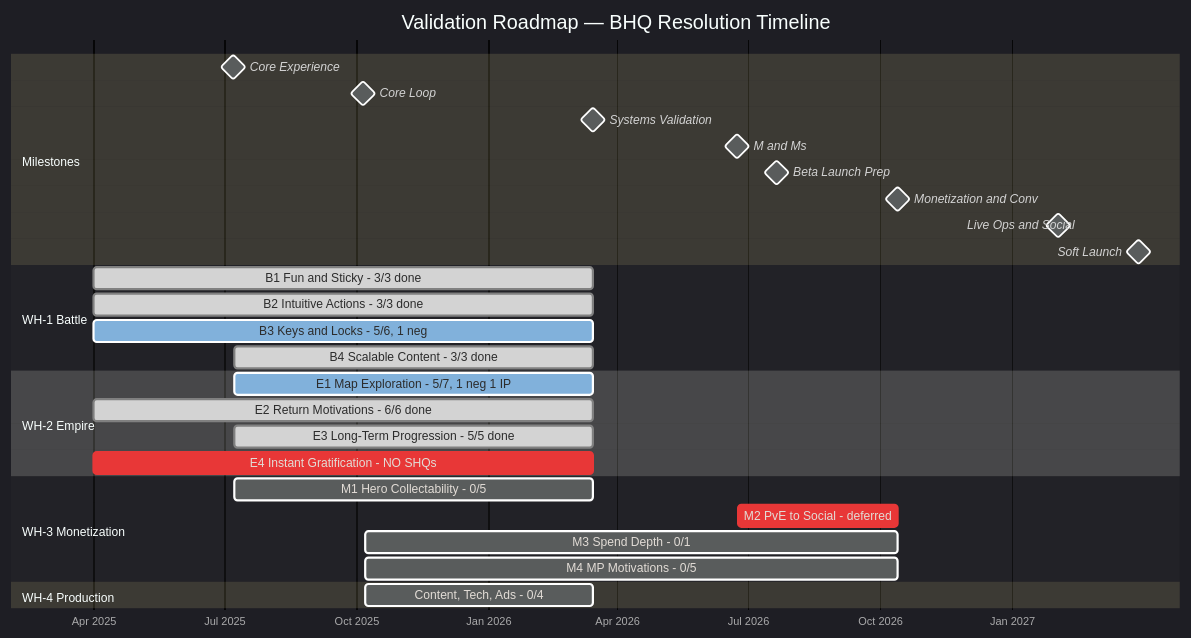
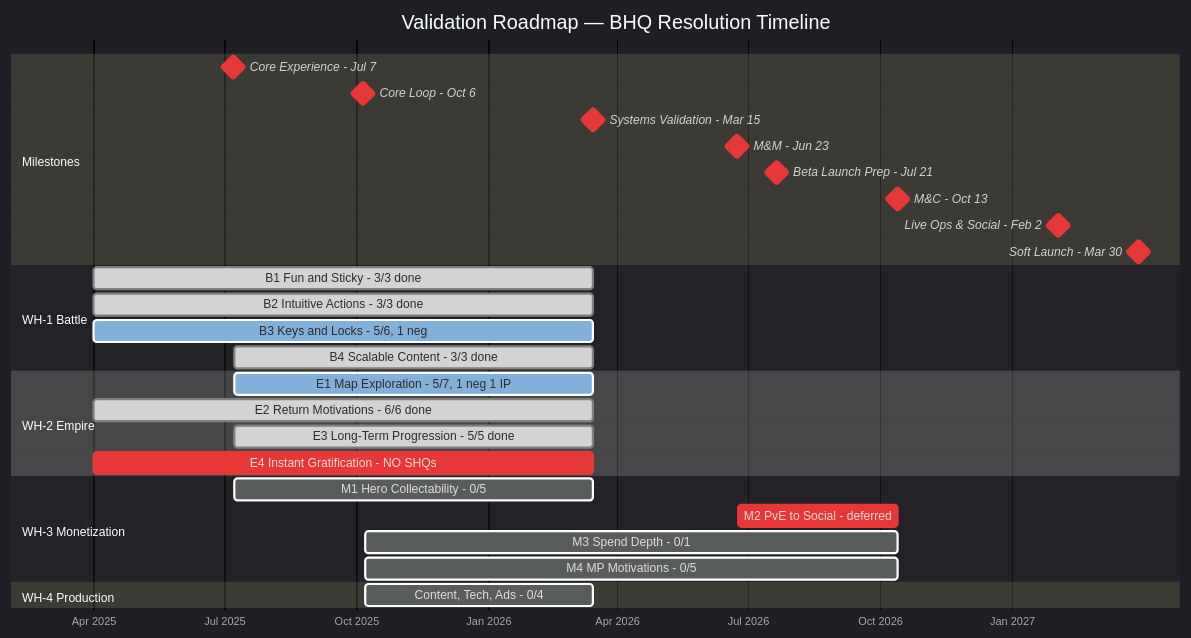
Before and after one commit to timwilliams-prod/proj-chimera-documentation-brain: the first of 2 diagrams in planning/ValidationRoadmap.md, drawn with Mermaid.

Commit message:
validation roadmap updates

````diff
--- a/planning/ValidationRoadmap.md
+++ b/planning/ValidationRoadmap.md
@@ -59,39 +59,39 @@
 ```mermaid
 %%{init: {'theme': 'dark'}}%%
 gantt
     title Validation Roadmap — BHQ Resolution Timeline
     dateFormat YYYY-MM-DD
     axisFormat %b %Y
     tickInterval 3month
 
     section Milestones
-    Core Experience           :milestone, 2025-07-07, 0d
-    Core Loop                 :milestone, 2025-10-06, 0d
-    Systems Validation        :milestone, 2026-03-15, 0d
-    M and Ms                  :milestone, 2026-06-23, 0d
-    Beta Launch Prep          :milestone, 2026-07-21, 0d
-    Monetization and Conv     :milestone, 2026-10-13, 0d
-    Live Ops and Social       :milestone, 2027-02-02, 0d
-    Soft Launch               :milestone, 2027-03-30, 0d
+    Core Experience - Jul 7          :crit, milestone, 2025-07-07, 0d
+    Core Loop - Oct 6                :crit, milestone, 2025-10-06, 0d
+    Systems Validation - Mar 15      :crit, milestone, 2026-03-15, 0d
+    M&M - Jun 23                     :crit, milestone, 2026-06-23, 0d
+    Beta Launch Prep - Jul 21        :crit, milestone, 2026-07-21, 0d
+    M&C - Oct 13                     :crit, milestone, 2026-10-13, 0d
+    Live Ops & Social - Feb 2        :crit, milestone, 2027-02-02, 0d
+    Soft Launch - Mar 30             :crit, milestone, 2027-03-30, 0d
 
     section WH-1 Battle
     B1 Fun and Sticky - 3/3 done          :done, 2025-04-01, 2026-03-15
     B2 Intuitive Actions - 3/3 done       :done, 2025-04-01, 2026-03-15
     B3 Keys and Locks - 5/6, 1 neg        :active, 2025-04-01, 2026-03-15
     B4 Scalable Content - 3/3 done        :done, 2025-07-08, 2026-03-15
 
     section WH-2 Empire
     E1 Map Exploration - 5/7, 1 neg 1 IP  :active, 2025-07-08, 2026-03-15
     E2 Return Motivations - 6/6 done      :done, 2025-04-01, 2026-03-15
     E3 Long-Term Progression - 5/5 done   :done, 2025-07-08, 2026-03-15
     E4 Instant Gratification - NO SHQs    :crit, 2025-04-01, 2026-03-15
 
     section WH-3 Monetization
     M1 Hero Collectability - 0/5          :2025-07-08, 2026-03-15
     M2 PvE to Social - deferred           :crit, 2026-06-24, 2026-10-13
     M3 Spend Depth - 0/1                  :2025-10-07, 2026-10-13
     M4 MP Motivations - 0/5              :2025-10-07, 2026-10-13
 
     section WH-4 Production
     Content, Tech, Ads - 0/4              :2025-10-07, 2026-03-15
 ```
````
